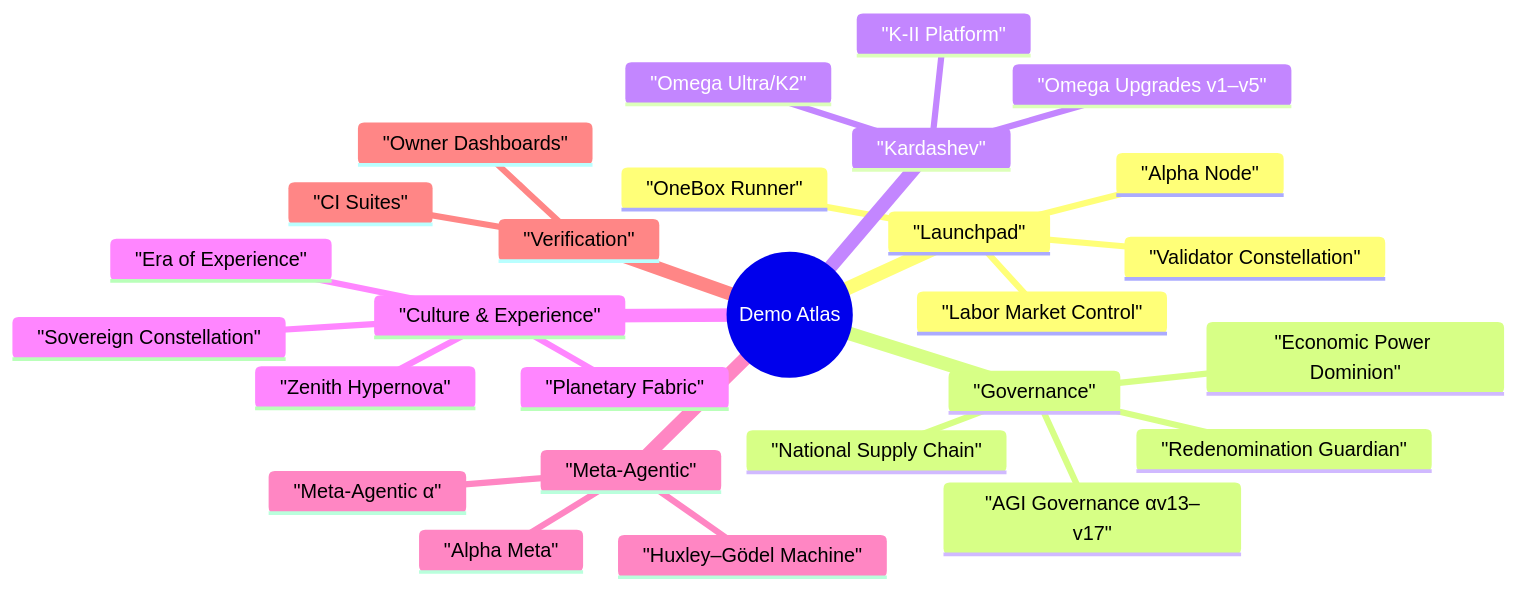
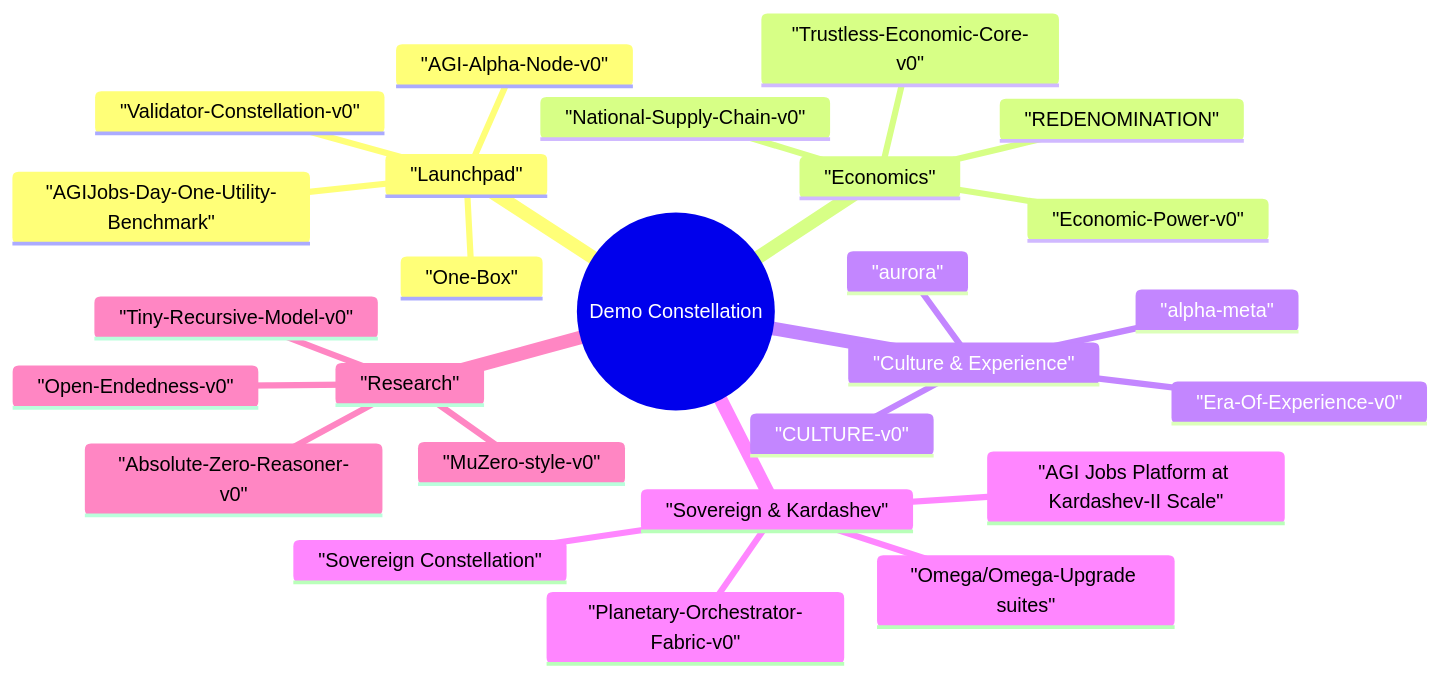
The second of 2 diagrams in README.md (MontrealAI/AGIJobsv0), drawn with Mermaid before and after one commit. The commit also changed other lines of this file, not shown here.

Commit message:
docs: refresh root readme with latest demos

````diff
--- a/README.md
+++ b/README.md
@@ -192,31 +173,30 @@
 ```mermaid
-%% Demo multiverse
+%% Celestial demo atlas
 mindmap
-  root((Demo Atlas))
+  root((Demo Constellation))
     "Launchpad"
-      "Alpha Node"
-      "Validator Constellation"
-      "Labor Market Control"
-      "OneBox Runner"
-    "Governance"
-      "AGI Governance αv13–v17"
-      "Economic Power Dominion"
-      "National Supply Chain"
-      "Redenomination Guardian"
-    "Kardashev"
-      "K-II Platform"
-      "Omega Upgrades v1–v5"
-      "Omega Ultra/K2"
+      "AGI-Alpha-Node-v0"
+      "Validator-Constellation-v0"
+      "AGIJobs-Day-One-Utility-Benchmark"
+      "One-Box"
+    "Economics"
+      "Economic-Power-v0"
+      "Trustless-Economic-Core-v0"
+      "National-Supply-Chain-v0"
+      "REDENOMINATION"
     "Culture & Experience"
-      "Era of Experience"
-      "Planetary Fabric"
+      "Era-Of-Experience-v0"
+      "CULTURE-v0"
+      "alpha-meta"
+      "aurora"
+    "Sovereign & Kardashev"
+      "AGI Jobs Platform at Kardashev-II Scale"
+      "Planetary-Orchestrator-Fabric-v0"
+      "Omega/Omega-Upgrade suites"
       "Sovereign Constellation"
-      "Zenith Hypernova"
-    "Meta-Agentic"
-      "Meta-Agentic α"
-      "Alpha Meta"
-      "Huxley–Gödel Machine"
-    "Verification"
-      "CI Suites"
-      "Owner Dashboards"
+    "Research"
+      "Absolute-Zero-Reasoner-v0"
+      "MuZero-style-v0"
+      "Open-Endedness-v0"
+      "Tiny-Recursive-Model-v0"
 ```
````
